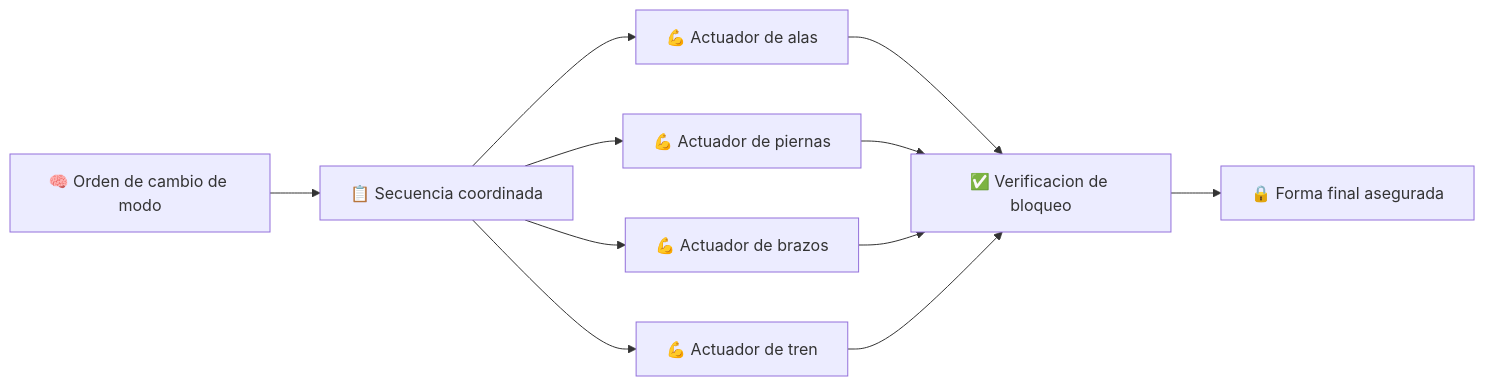
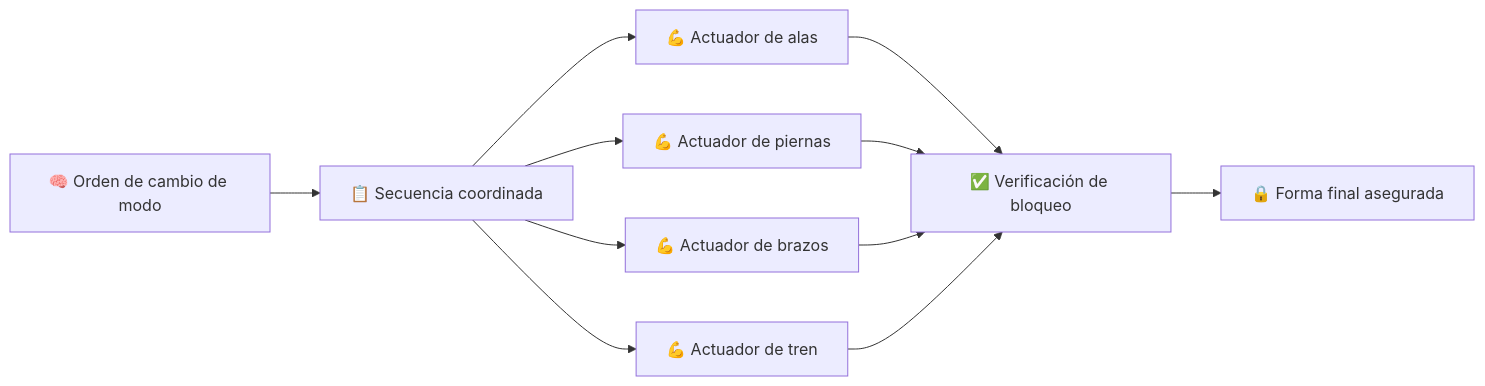
Before and after one commit to vladimiracunadev-create/machine-operator-program: the second of 2 diagrams in vehiculos-fantasticos/caza-transformable/operacion/sistemas-mecanicos-caza-transformable.md, drawn with Mermaid. The commit also changed other lines of this file and 442 other files, not shown here.

````diff
--- a/vehiculos-fantasticos/caza-transformable/operacion/sistemas-mecanicos-caza-transformable.md
+++ b/vehiculos-fantasticos/caza-transformable/operacion/sistemas-mecanicos-caza-transformable.md
@@ -44,13 +44,13 @@
 ```mermaid
 flowchart LR
     Orden[🧠 Orden de cambio de modo] --> Sec[📋 Secuencia coordinada]
     Sec --> A1[💪 Actuador de alas]
     Sec --> A2[💪 Actuador de piernas]
     Sec --> A3[💪 Actuador de brazos]
     Sec --> A4[💪 Actuador de tren]
-    A1 --> Ver[✅ Verificacion de bloqueo]
+    A1 --> Ver[✅ Verificación de bloqueo]
     A2 --> Ver
     A3 --> Ver
     A4 --> Ver
     Ver --> Fin[🔒 Forma final asegurada]
 ```
````
